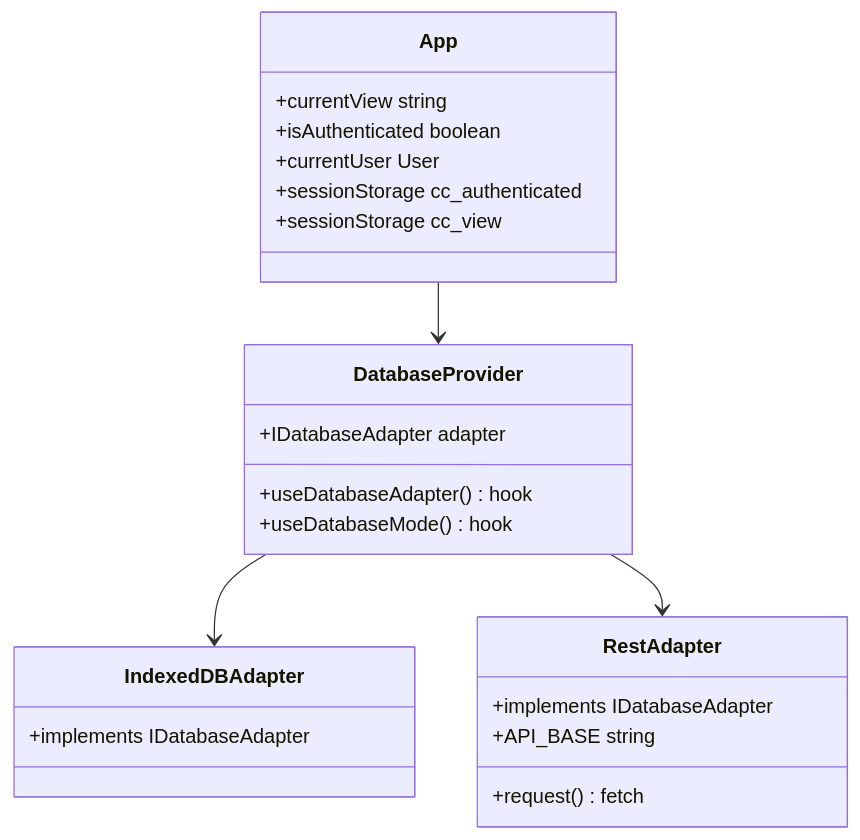
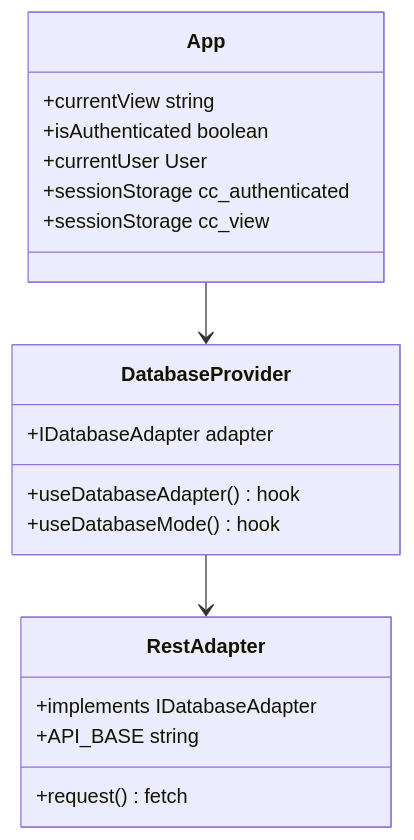
One commit to acidgreenservers/ClawChives changed the third of 3 diagrams in BLUEPRINT.md. Above: the diagram before and after it, drawn with Mermaid. The commit also changed other lines of this file and 39 other files, not shown here.

````diff
--- a/BLUEPRINT.md
+++ b/BLUEPRINT.md
@@ -178,27 +178,23 @@
 ```mermaid
 classDiagram
     class App {
         +currentView string
         +isAuthenticated boolean
         +currentUser User
         +sessionStorage cc_authenticated
         +sessionStorage cc_view
     }
     class DatabaseProvider {
         +IDatabaseAdapter adapter
         +useDatabaseAdapter() hook
         +useDatabaseMode() hook
     }
-    class IndexedDBAdapter {
-        +implements IDatabaseAdapter
-    }
     class RestAdapter {
         +implements IDatabaseAdapter
         +API_BASE string
         +request() fetch
     }
 
     App --> DatabaseProvider
-    DatabaseProvider --> IndexedDBAdapter
     DatabaseProvider --> RestAdapter
 ```
````
